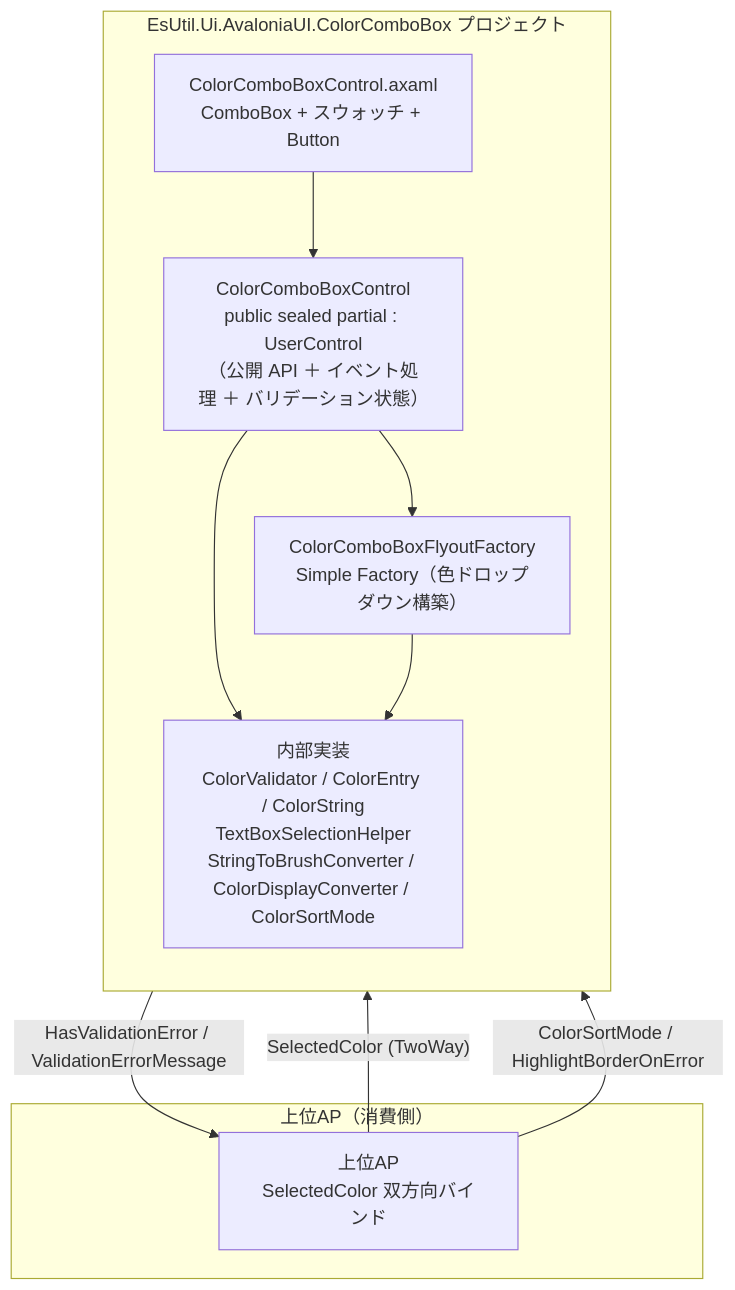
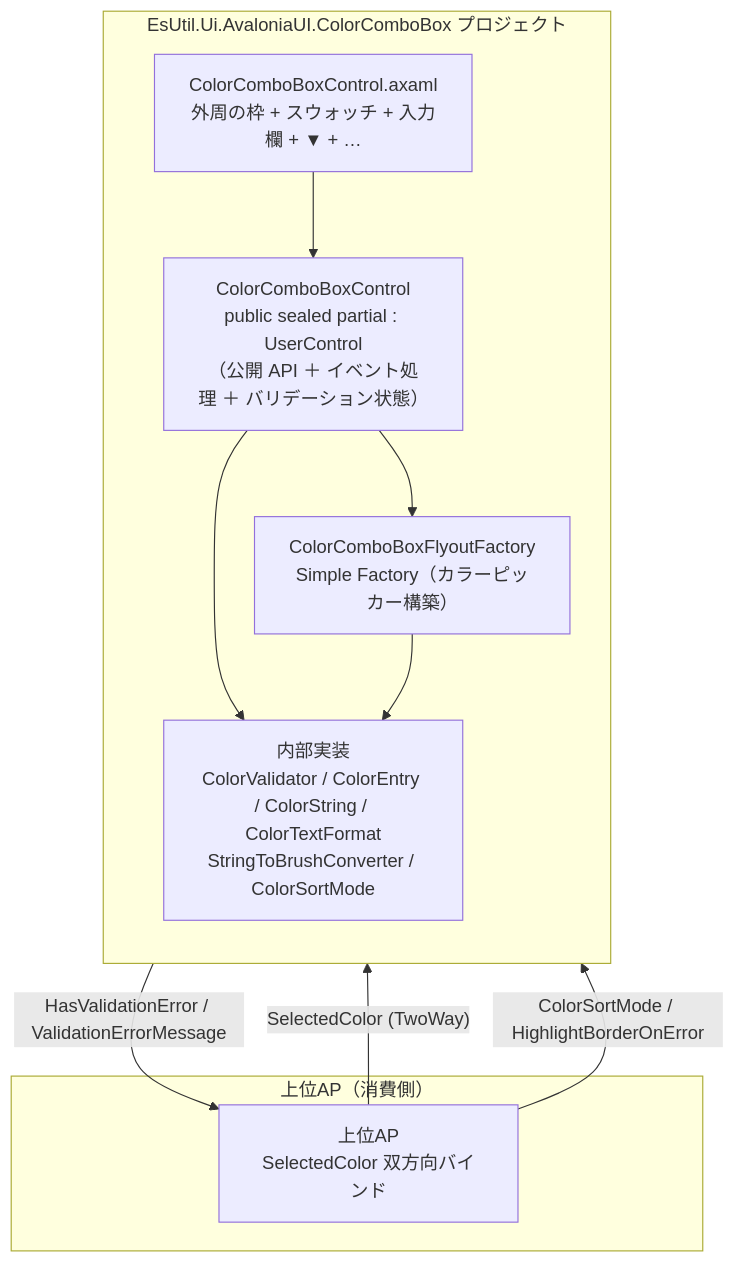
One commit to tomokuni/EsUtil changed the first of 3 diagrams in EsUtil.Ui.AvaloniaUI/ColorComboBox/docs/SPEC_System.md. Above: the diagram before and after it, drawn with Mermaid. The commit also changed other lines of this file and 12 other files, not shown here.

````diff
--- a/EsUtil.Ui.AvaloniaUI/ColorComboBox/docs/SPEC_System.md
+++ b/EsUtil.Ui.AvaloniaUI/ColorComboBox/docs/SPEC_System.md
@@ -95,20 +94,20 @@
 ```mermaid
 flowchart TB
     subgraph Host["上位AP（消費側）"]
         AP["上位AP<br/>SelectedColor 双方向バインド"]
     end
     subgraph CPC["EsUtil.Ui.AvaloniaUI.ColorComboBox プロジェクト"]
         direction TB
         Ctl["ColorComboBoxControl<br/>public sealed partial : UserControl<br/>（公開 API ＋ イベント処理 ＋ バリデーション状態）"]
-        Xaml["ColorComboBoxControl.axaml<br/>ComboBox + スウォッチ + Button"]
-        Fac["ColorComboBoxFlyoutFactory<br/>Simple Factory（色ドロップダウン構築）"]
-        Impl["内部実装<br/>ColorValidator / ColorEntry / ColorString<br/>TextBoxSelectionHelper<br/>StringToBrushConverter / ColorDisplayConverter / ColorSortMode"]
+        Xaml["ColorComboBoxControl.axaml<br/>外周の枠 + スウォッチ + 入力欄 + ▼ + …"]
+        Fac["ColorComboBoxFlyoutFactory<br/>Simple Factory（カラーピッカー構築）"]
+        Impl["内部実装<br/>ColorValidator / ColorEntry / ColorString / ColorTextFormat<br/>StringToBrushConverter / ColorSortMode"]
     end
     AP -->|"SelectedColor (TwoWay)"| Ctl
     AP -->|"ColorSortMode / HighlightBorderOnError"| Ctl
     Ctl -->|"HasValidationError / ValidationErrorMessage"| AP
     Xaml --> Ctl
     Ctl --> Fac
     Ctl --> Impl
     Fac --> Impl
 ```
````
